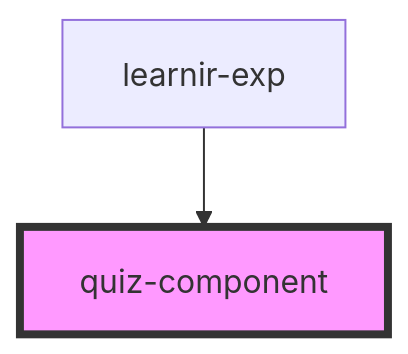
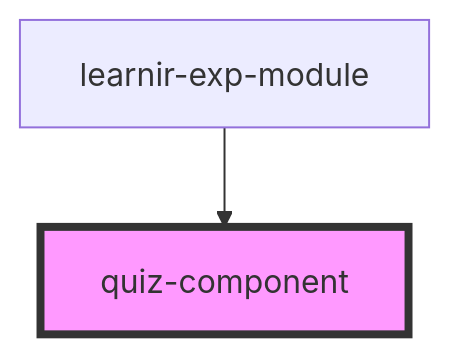
The diagram in src/components/quiz-component/readme.md (Learnir/learnir-exp-components), drawn with Mermaid before and after one commit. The commit also changed other lines of this file and 4 other files, not shown here.

````diff
--- a/src/components/quiz-component/readme.md
+++ b/src/components/quiz-component/readme.md
@@ -27,5 +27,5 @@
 ```mermaid
 graph TD;
-  learnir-exp --> quiz-component
+  learnir-exp-module --> quiz-component
   style quiz-component fill:#f9f,stroke:#333,stroke-width:4px
 ```
````
